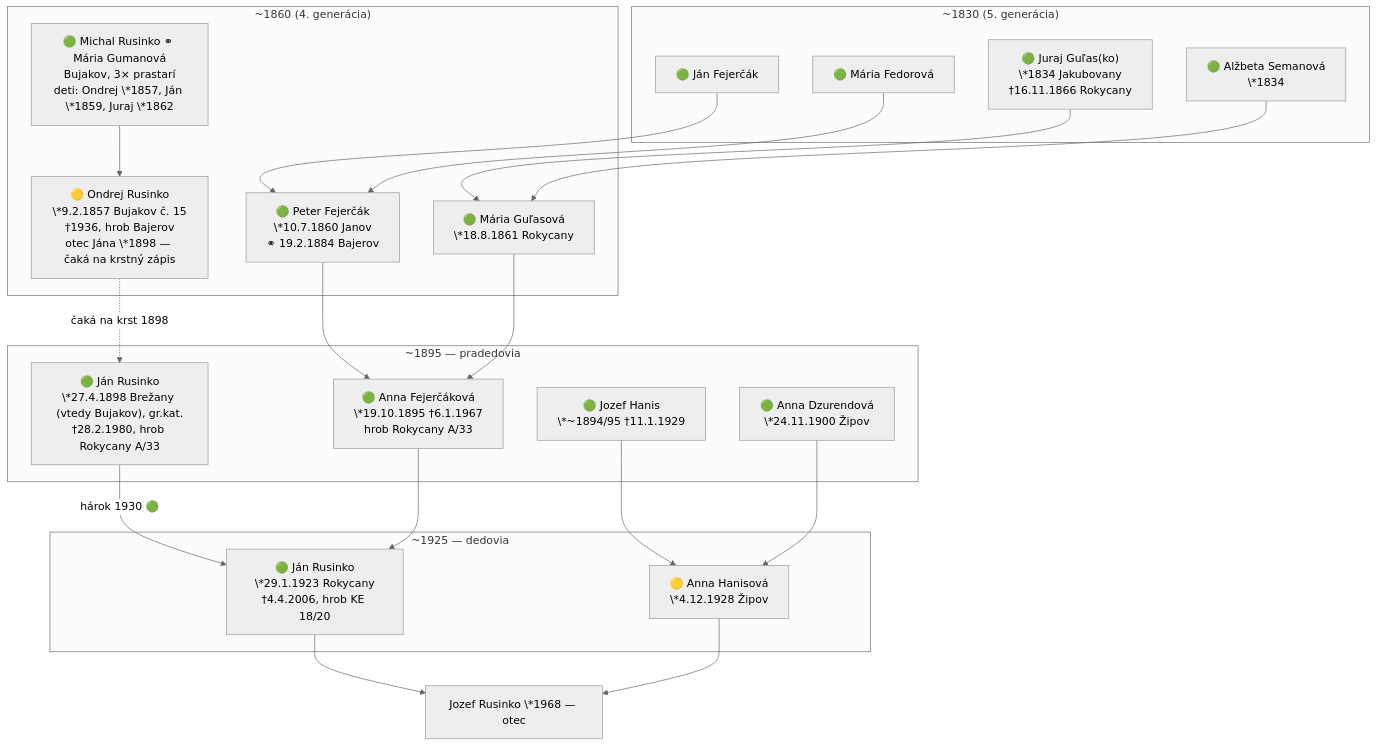
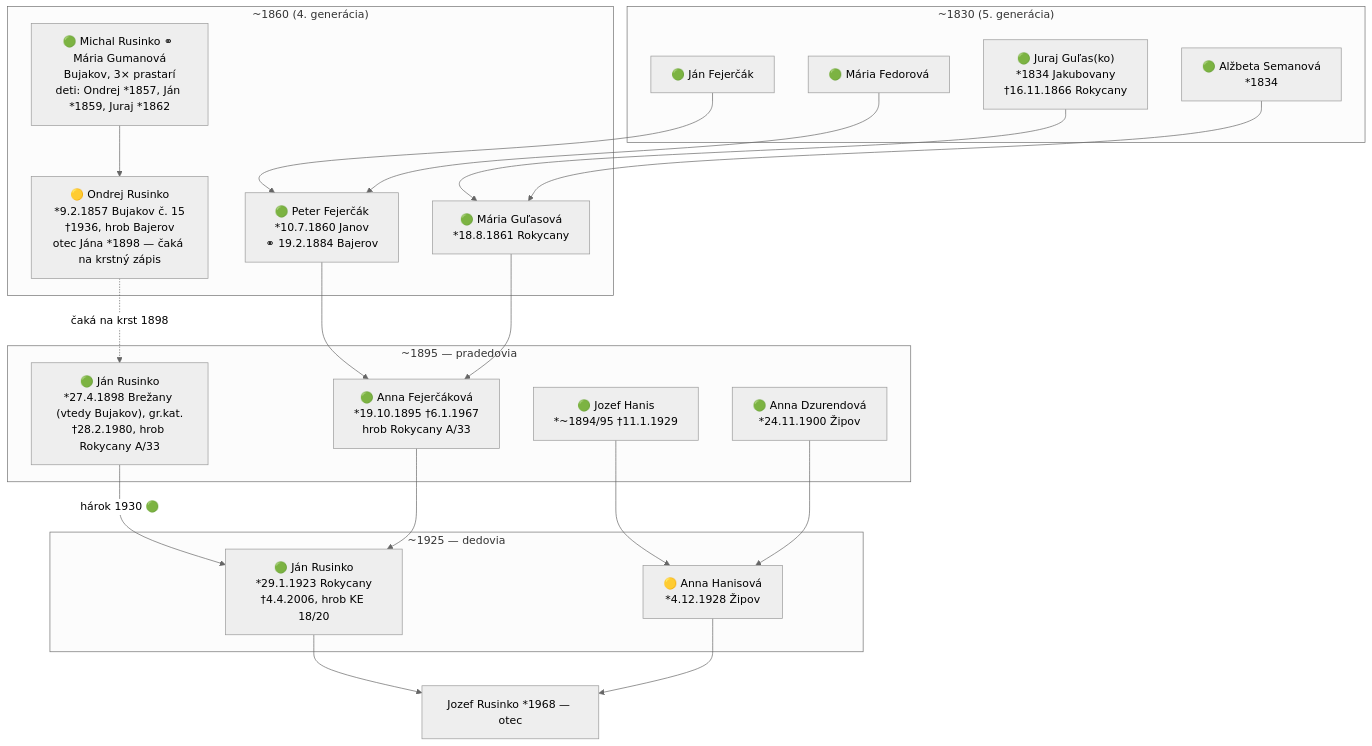
Before and after one commit to vrusi/genealogia: the first of 6 diagrams in docs/rodokmen.md, drawn with Mermaid (neutral theme). The commit also changed other lines of this file, not shown here.

Commit message:
Web: mermaid stromy bez backslashov pred hviezdickami, Rudolf *1910

````diff
--- a/docs/rodokmen.md
+++ b/docs/rodokmen.md
@@ -58,41 +58,41 @@
 ```mermaid
 graph TD
   subgraph gen5["~1830 (5. generácia)"]
-    JG["🟢 Juraj Guľas(ko)<br>\*1834 Jakubovany<br>†16.11.1866 Rokycany"]
-    AS["🟢 Alžbeta Semanová<br>\*1834"]
+    JG["🟢 Juraj Guľas(ko)<br>*1834 Jakubovany<br>†16.11.1866 Rokycany"]
+    AS["🟢 Alžbeta Semanová<br>*1834"]
     JF["🟢 Ján Fejerčák"]
     MF["🟢 Mária Fedorová"]
   end
   subgraph gen4["~1860 (4. generácia)"]
-    PF["🟢 Peter Fejerčák<br>\*10.7.1860 Janov<br>⚭ 19.2.1884 Bajerov"]
-    MG["🟢 Mária Guľasová<br>\*18.8.1861 Rokycany"]
-    MRG["🟢 Michal Rusinko ⚭ Mária Gumanová<br>Bujakov, 3× prastarí<br>deti: Ondrej \*1857, Ján \*1859, Juraj \*1862"]
-    OR["🟡 Ondrej Rusinko<br>\*9.2.1857 Bujakov č. 15<br>†1936, hrob Bajerov<br>otec Jána \*1898 — čaká na krstný zápis"]
+    PF["🟢 Peter Fejerčák<br>*10.7.1860 Janov<br>⚭ 19.2.1884 Bajerov"]
+    MG["🟢 Mária Guľasová<br>*18.8.1861 Rokycany"]
+    MRG["🟢 Michal Rusinko ⚭ Mária Gumanová<br>Bujakov, 3× prastarí<br>deti: Ondrej *1857, Ján *1859, Juraj *1862"]
+    OR["🟡 Ondrej Rusinko<br>*9.2.1857 Bujakov č. 15<br>†1936, hrob Bajerov<br>otec Jána *1898 — čaká na krstný zápis"]
     MRG --> OR
   end
   subgraph gen3["~1895 — pradedovia"]
-    JR98["🟢 Ján Rusinko<br>\*27.4.1898 Brežany (vtedy Bujakov), gr.kat.<br>†28.2.1980, hrob Rokycany A/33"]
-    AF["🟢 Anna Fejerčáková<br>\*19.10.1895 †6.1.1967<br>hrob Rokycany A/33"]
-    HanO["🟢 Jozef Hanis<br>\*~1894/95 †11.1.1929"]
-    HanA["🟢 Anna Dzurendová<br>\*24.11.1900 Žipov"]
+    JR98["🟢 Ján Rusinko<br>*27.4.1898 Brežany (vtedy Bujakov), gr.kat.<br>†28.2.1980, hrob Rokycany A/33"]
+    AF["🟢 Anna Fejerčáková<br>*19.10.1895 †6.1.1967<br>hrob Rokycany A/33"]
+    HanO["🟢 Jozef Hanis<br>*~1894/95 †11.1.1929"]
+    HanA["🟢 Anna Dzurendová<br>*24.11.1900 Žipov"]
   end
   subgraph gen2["~1925 — dedovia"]
-    JR23["🟢 Ján Rusinko<br>\*29.1.1923 Rokycany<br>†4.4.2006, hrob KE 18/20"]
-    AH["🟡 Anna Hanisová<br>\*4.12.1928 Žipov"]
+    JR23["🟢 Ján Rusinko<br>*29.1.1923 Rokycany<br>†4.4.2006, hrob KE 18/20"]
+    AH["🟡 Anna Hanisová<br>*4.12.1928 Žipov"]
   end
-  JoR["Jozef Rusinko \*1968 — otec"]
+  JoR["Jozef Rusinko *1968 — otec"]
 
   JF --> PF
   MF --> PF
   JG --> MG
   AS --> MG
   OR -.->|čaká na krst 1898| JR98
   PF --> AF
   MG --> AF
   JR98 -->|hárok 1930 🟢| JR23
   AF --> JR23
   HanO --> AH
   HanA --> AH
   JR23 --> JoR
   AH --> JoR
 ```
````
